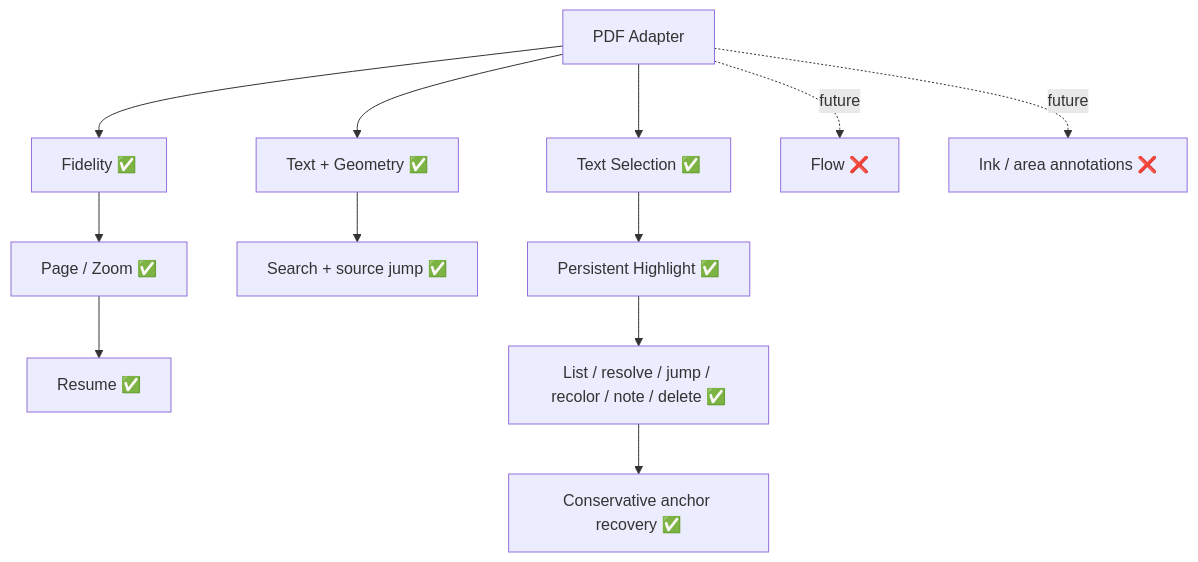
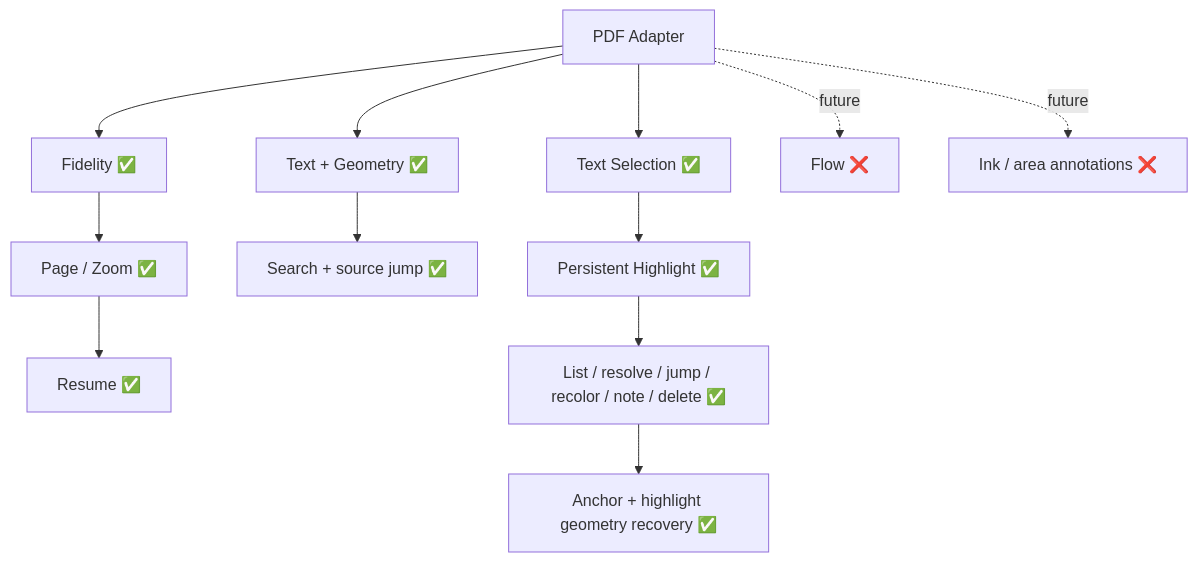
One commit to aaditya140103/kola changed diagram 11 of 16 in docs/PROJECT_GRAPH.md. Above: the diagram before and after it, drawn with Mermaid. The commit also changed other lines of this file, not shown here.

Commit message:
Document recovered annotation geometry flow

````diff
--- a/docs/PROJECT_GRAPH.md
+++ b/docs/PROJECT_GRAPH.md
@@ -187,21 +199,21 @@
 ```mermaid
 flowchart TD
     PDF[PDF Adapter]
     Fidelity[Fidelity ✅]
     Nav[Page / Zoom ✅]
     Resume[Resume ✅]
     Extract[Text + Geometry ✅]
     Search[Search + source jump ✅]
     Select[Text Selection ✅]
     Highlight[Persistent Highlight ✅]
     Manage[List / resolve / jump / recolor / note / delete ✅]
-    Recover[Conservative anchor recovery ✅]
+    Recover[Anchor + highlight geometry recovery ✅]
     Flow[Flow ❌]
     Ink[Ink / area annotations ❌]
 
     PDF --> Fidelity --> Nav --> Resume
     PDF --> Extract --> Search
     PDF --> Select --> Highlight --> Manage --> Recover
     PDF -. future .-> Flow
     PDF -. future .-> Ink
 ```
````
